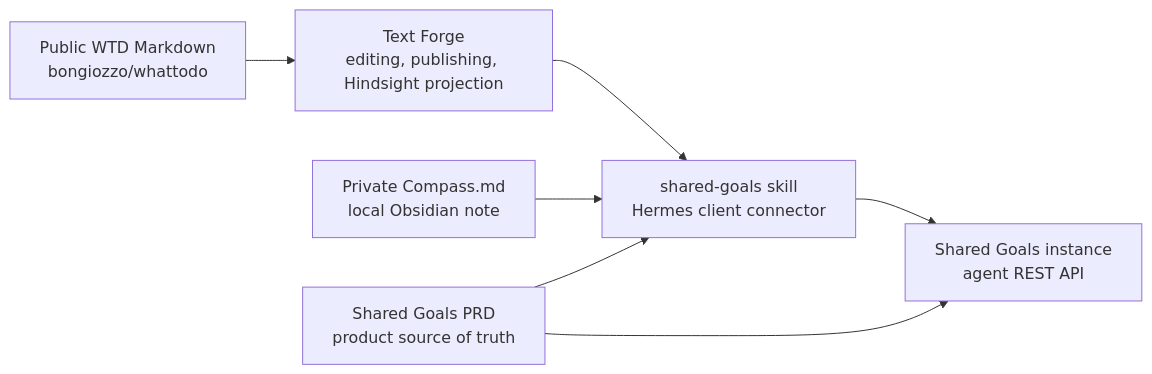
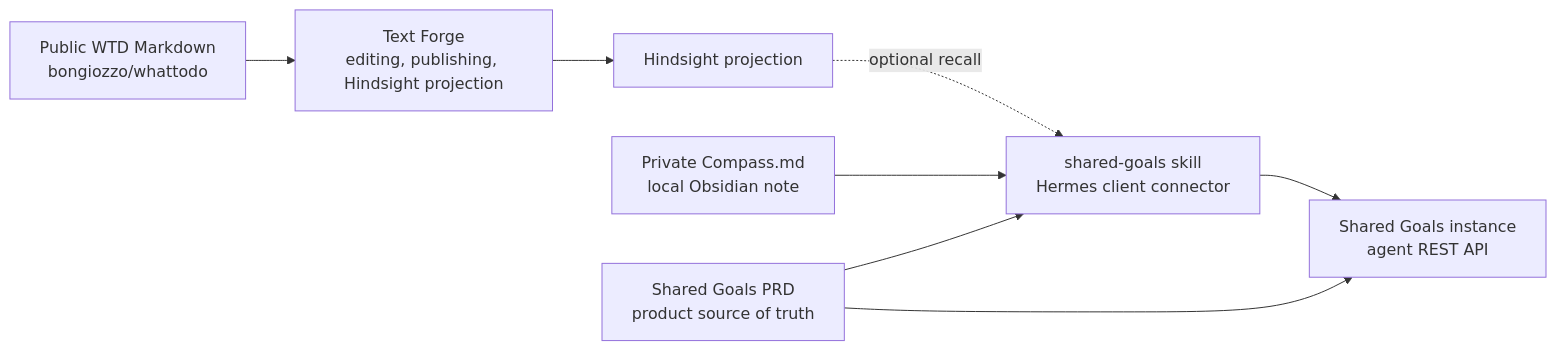
Before and after one commit to shared-goals/skill: the diagram in README.md, drawn with Mermaid. The commit also changed other lines of this file and 15 other files, not shown here.

````diff
--- a/README.md
+++ b/README.md
@@ -36,16 +33,17 @@
 ```mermaid
 flowchart LR
 		Compass["Private Compass.md<br/>local Obsidian note"]
 		WTD["Public WTD Markdown<br/>bongiozzo/whattodo"]
 		Forge["Text Forge<br/>editing, publishing, Hindsight projection"]
 		Skill["shared-goals skill<br/>Hermes client connector"]
 		API["Shared Goals instance<br/>agent REST API"]
 		PRD["Shared Goals PRD<br/>product source of truth"]
 
 		WTD --> Forge
-		Forge --> Skill
+		Forge --> Memory["Hindsight projection"]
+		Memory -. optional recall .-> Skill
 		Compass --> Skill
 		Skill --> API
 		PRD --> Skill
 		PRD --> API
 ```
````
